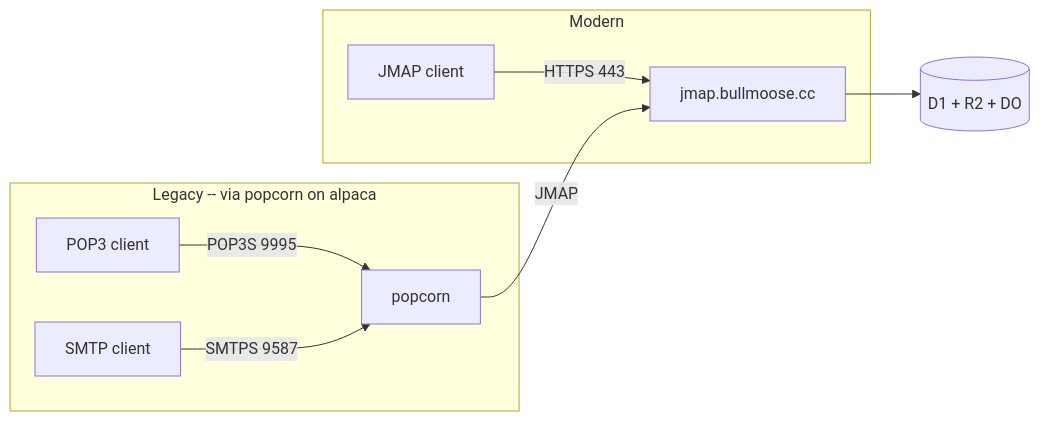
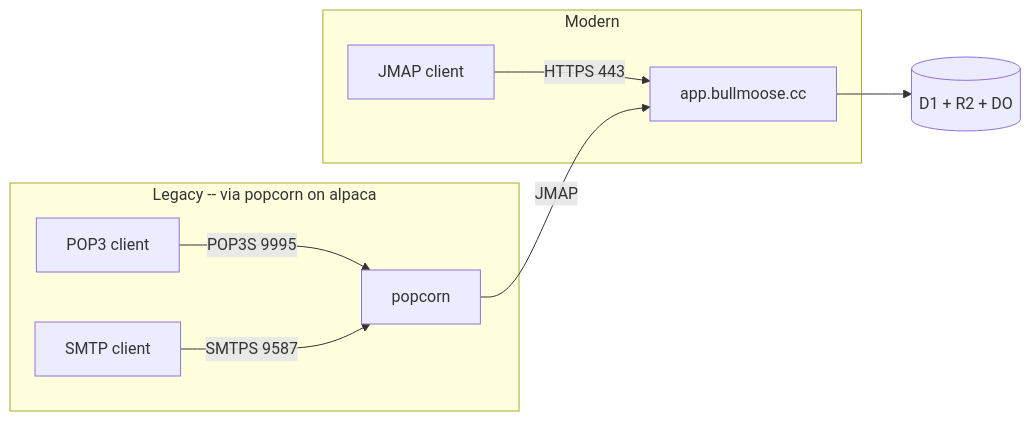
The fourth of 5 diagrams in docs/architecture/README.md (ericdmoore/bullmoose.cc), drawn with Mermaid before and after one commit. The commit also changed 25 other files, not shown here.

````diff
--- a/docs/architecture/README.md
+++ b/docs/architecture/README.md
@@ -193,12 +193,12 @@
 ```mermaid
 flowchart LR
   subgraph modern [Modern]
-    J[JMAP client] -->|HTTPS 443| JW[jmap.bullmoose.cc]
+    J[JMAP client] -->|HTTPS 443| JW[app.bullmoose.cc]
   end
   subgraph legacy [Legacy -- via popcorn on alpaca]
     P[POP3 client] -->|POP3S 9995| PC[popcorn]
     S[SMTP client] -->|SMTPS 9587| PC
     PC -->|JMAP| JW
   end
   JW --> CORE[(D1 + R2 + DO)]
 ```
````
